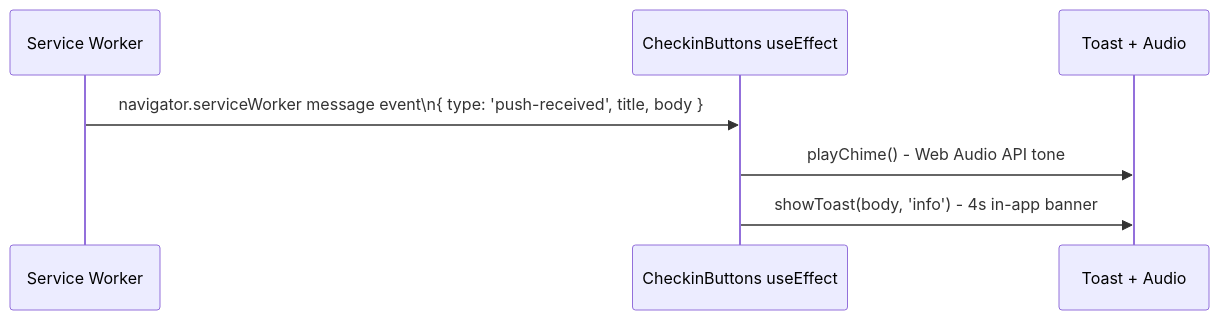
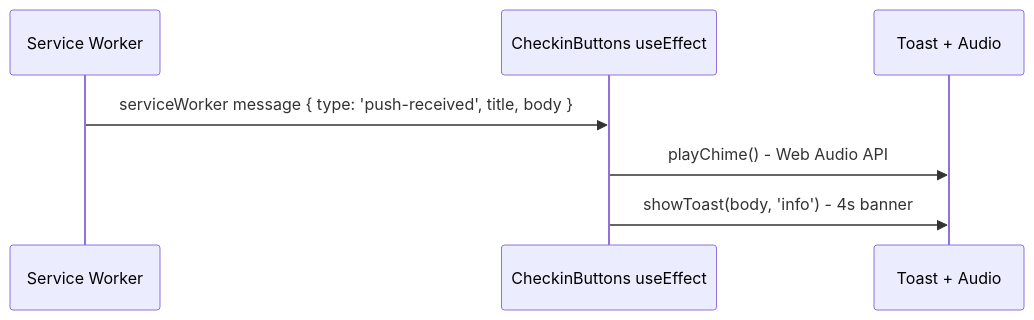
One commit to ksharma20/checkmark changed the fourth of 5 diagrams in docs/architecture/notification-flow.md. Above: the diagram before and after it, drawn with Mermaid. The commit also changed other lines of this file and 296 other files, not shown here.

````diff
--- a/docs/architecture/notification-flow.md
+++ b/docs/architecture/notification-flow.md
@@ -137,10 +362,10 @@
 ```mermaid
 sequenceDiagram
   participant SW as Service Worker
   participant CK as CheckinButtons useEffect
   participant UI as Toast + Audio
 
-  SW->>CK: navigator.serviceWorker message event\n{ type: 'push-received', title, body }
-  CK->>UI: playChime() - Web Audio API tone
-  CK->>UI: showToast(body, 'info') - 4s in-app banner
+  SW->>CK: serviceWorker message { type: 'push-received', title, body }
+  CK->>UI: playChime() - Web Audio API
+  CK->>UI: showToast(body, 'info') - 4s banner
 ```
````
